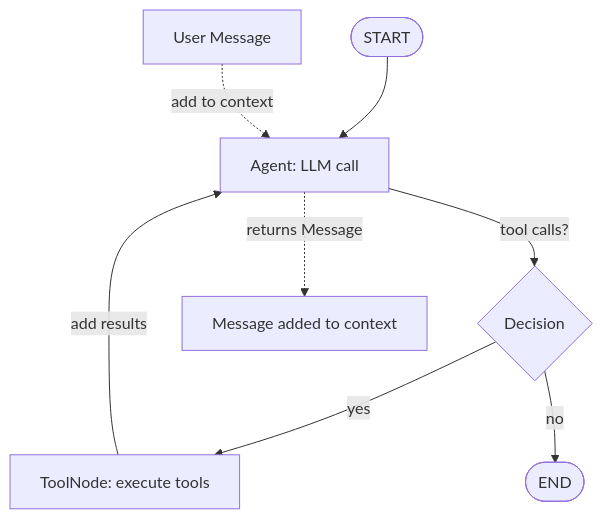
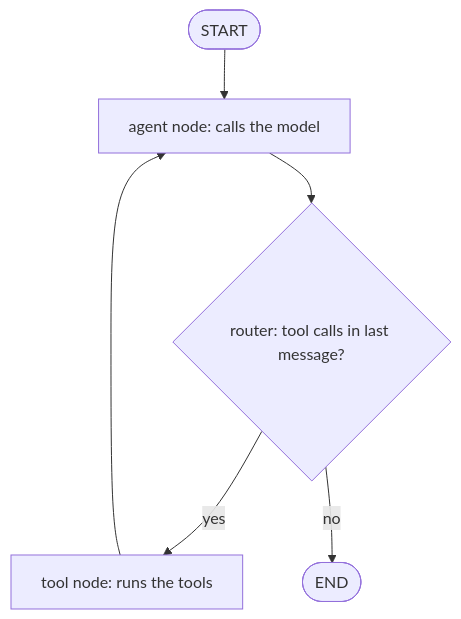
The diagram in src/content/docs/get-started/tutorial/mental-model.md (10xHub/agentflow-docs), drawn with Mermaid before and after one commit. The commit also changed other lines of this file and 130 other files, not shown here.

````diff
--- a/src/content/docs/get-started/tutorial/mental-model.md
+++ b/src/content/docs/get-started/tutorial/mental-model.md
@@ -170,11 +197,8 @@
 ```mermaid
 flowchart TD
-    Start([START]) --> Agent[Agent: LLM call]
-    Agent -->|tool calls?| Check{Decision}
-    Check -->|yes| Tool[ToolNode: execute tools]
-    Tool -->|add results| Agent
-    Check -->|no| End([END])
-    
-    Input["User Message"] -.->|add to context| Agent
-    Agent -.->|returns Message| Output["Message added to context"]
+    S([START]) --> A[agent node: calls the model]
+    A --> R{router: tool calls in last message?}
+    R -->|yes| T[tool node: runs the tools]
+    T --> A
+    R -->|no| E([END])
 ```
````
